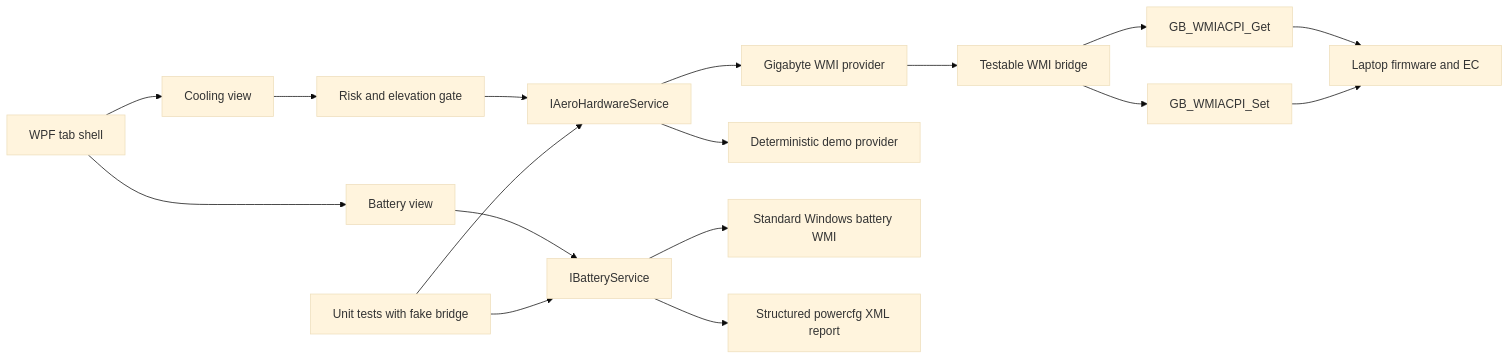
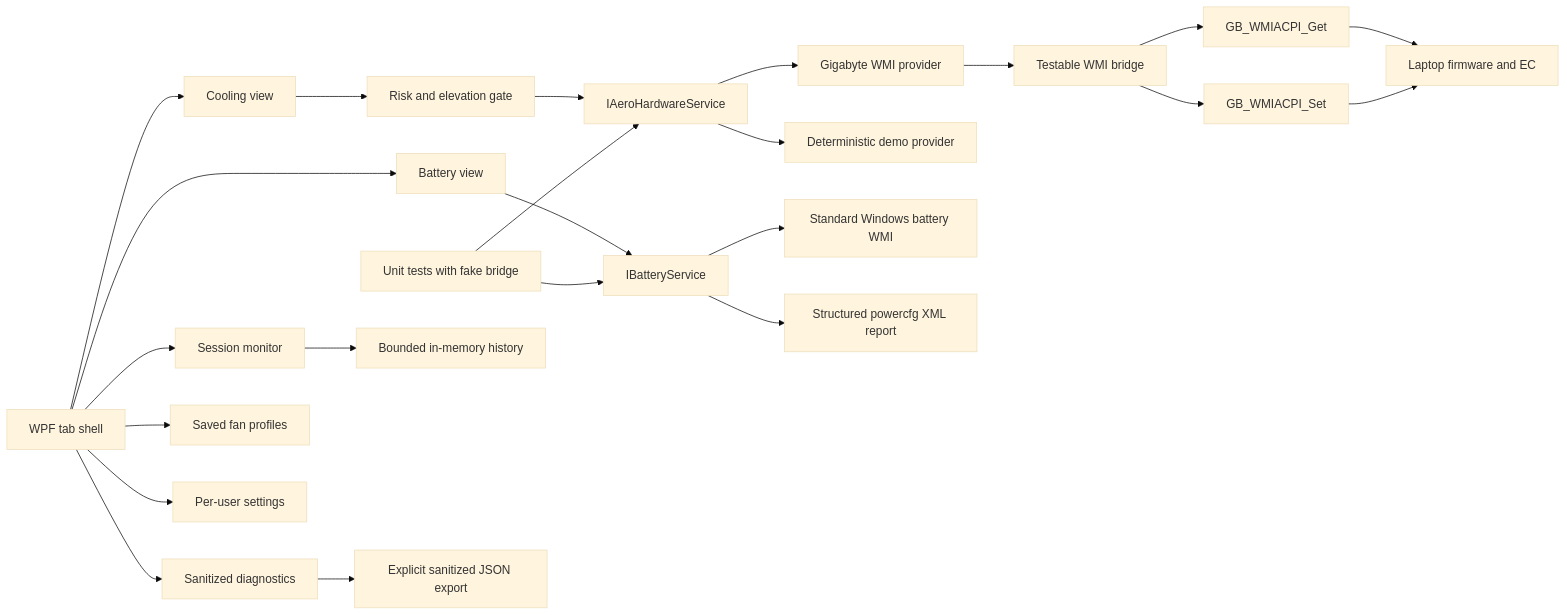
The diagram in README.md (lavann/AeroControl), drawn with Mermaid (base theme) before and after one commit. The commit also changed other lines of this file and 41 other files, not shown here.

Commit message:
feat: add monitoring diagnostics and per-user setup

````diff
--- a/README.md
+++ b/README.md
@@ -89,19 +117,25 @@
 ```mermaid
 flowchart LR
     UI[WPF tab shell] --> Cooling[Cooling view]
     UI --> Battery[Battery view]
+    UI --> Monitor[Session monitor]
+    UI --> Diagnostics[Sanitized diagnostics]
+    UI --> Profiles[Saved fan profiles]
+    UI --> Settings[Per-user settings]
     Cooling --> Gate[Risk and elevation gate]
     Gate --> Contract[IAeroHardwareService]
     Contract --> Live[Gigabyte WMI provider]
     Contract --> Demo[Deterministic demo provider]
     Live --> Bridge[Testable WMI bridge]
     Bridge --> Get[GB_WMIACPI_Get]
     Bridge --> Set[GB_WMIACPI_Set]
     Get --> Firmware[Laptop firmware and EC]
     Set --> Firmware
     Battery --> BatteryContract[IBatteryService]
     BatteryContract --> WindowsWmi[Standard Windows battery WMI]
     BatteryContract --> PowerCfg[Structured powercfg XML report]
     Tests[Unit tests with fake bridge] --> Contract
     Tests --> BatteryContract
+    Monitor --> History[Bounded in-memory history]
+    Diagnostics --> Export[Explicit sanitized JSON export]
 ```
````
